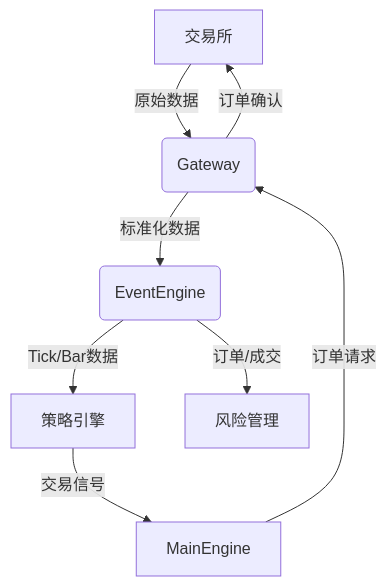
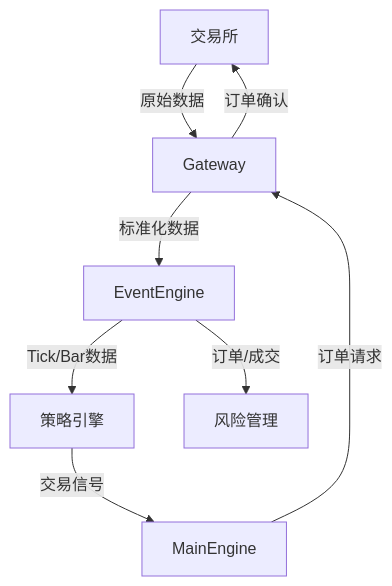
The tenth of 15 diagrams in VeighNa_Framework_Complete_Guide.md (Crackstoper/quant), drawn with Mermaid before and after one commit. The commit also changed other lines of this file and 2 other files, not shown here.

````diff
--- a/VeighNa_Framework_Complete_Guide.md
+++ b/VeighNa_Framework_Complete_Guide.md
@@ -303,10 +308,10 @@
 ```mermaid
 flowchart TD
-    A[交易所] -->|原始数据| B(Gateway)
-    B -->|标准化数据| C(EventEngine)
+    A[交易所] -->|原始数据| B[Gateway]
+    B -->|标准化数据| C[EventEngine]
     C -->|Tick/Bar数据| D[策略引擎]
     C -->|订单/成交| E[风险管理]
     D -->|交易信号| F[MainEngine]
     F -->|订单请求| B
     B -->|订单确认| A
 ```
````
